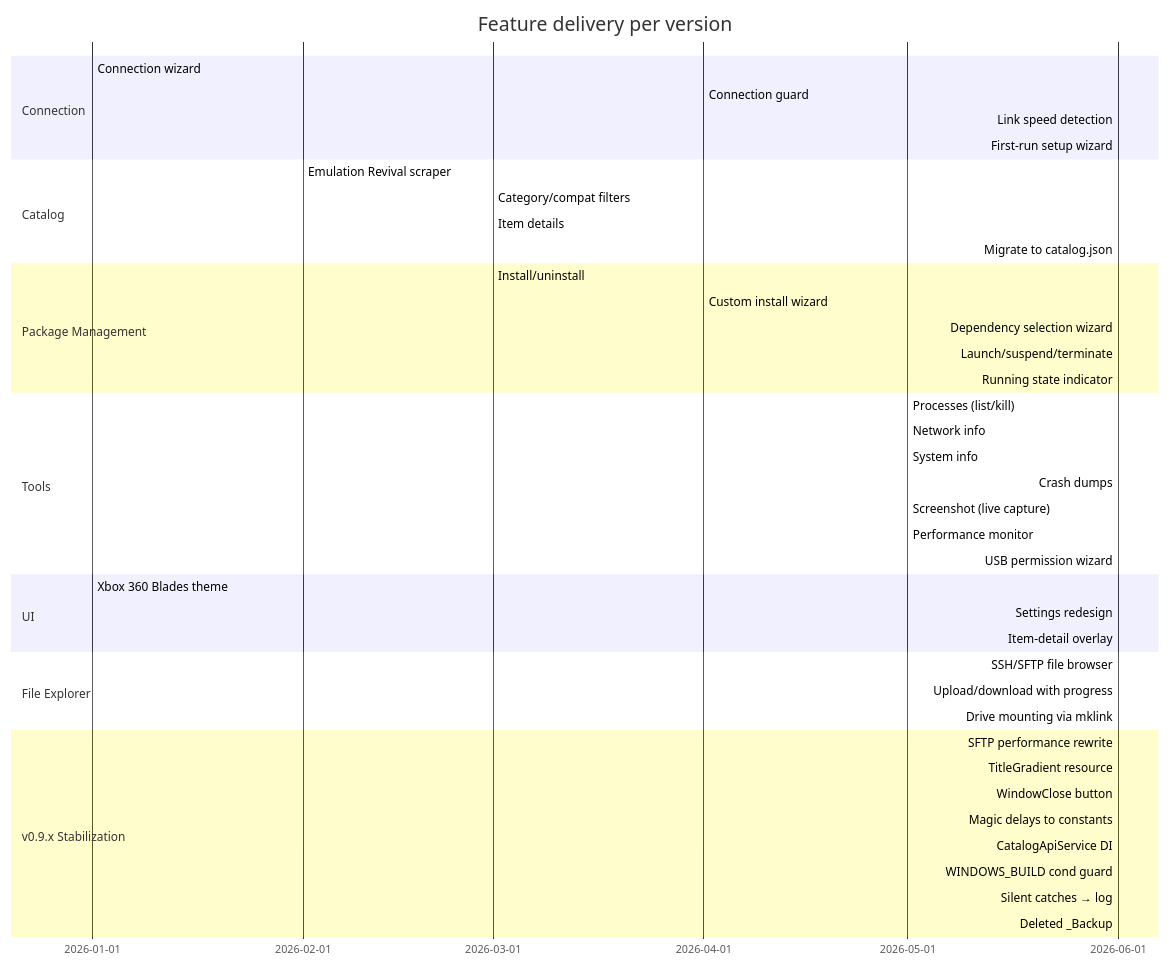
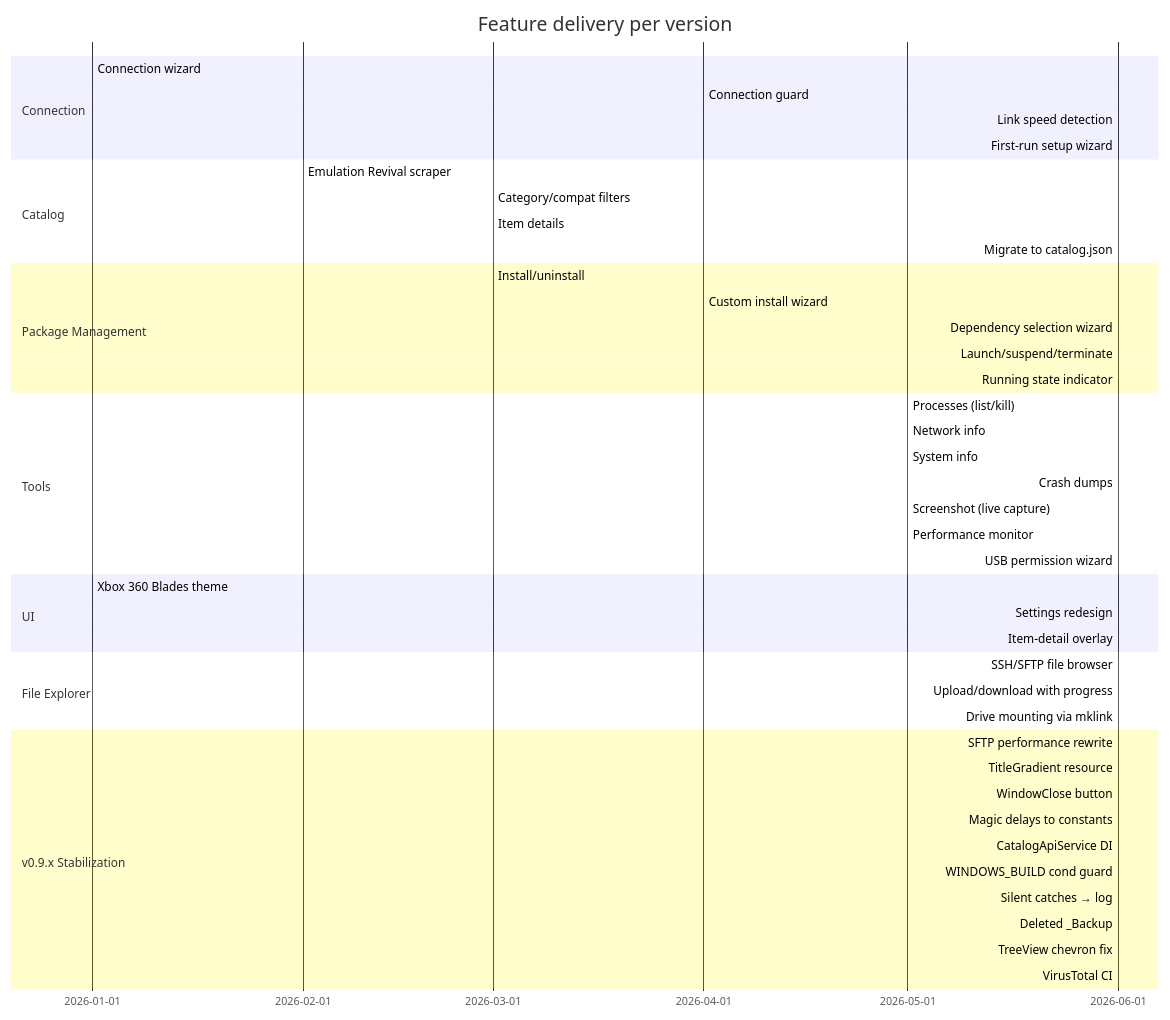
Before and after one commit to marcelofrau/xb-homebrew-vault: the second of 3 diagrams in docs/roadmap.md, drawn with Mermaid. The commit also changed other lines of this file and 2 other files, not shown here.

First line of the commit message:
chore: bump v0.9.4 — update roadmap, README, tech-debt

````diff
--- a/docs/roadmap.md
+++ b/docs/roadmap.md
@@ -57,46 +59,48 @@
 ```mermaid
 gantt
     title Feature delivery per version
     dateFormat  YYYY-MM-DD
     section Connection
     Connection wizard            :done, 2026-01, 2026-02
     Connection guard             :done, 2026-04, 2026-04
     Link speed detection         :done, 2026-06, 2026-06
     First-run setup wizard       :done, 2026-06, 2026-06
     section Catalog
     Emulation Revival scraper    :done, 2026-02, 2026-03
     Category/compat filters      :done, 2026-03, 2026-03
     Item details                 :done, 2026-03, 2026-03
     Migrate to catalog.json      :done, 2026-06, 2026-06
     section Package Management
     Install/uninstall            :done, 2026-03, 2026-04
     Custom install wizard        :done, 2026-04, 2026-05
     Dependency selection wizard  :done, 2026-06, 2026-06
     Launch/suspend/terminate     :done, 2026-06, 2026-06
     Running state indicator      :done, 2026-06, 2026-06
     section Tools
     Processes (list/kill)        :done, 2026-05, 2026-06
     Network info                 :done, 2026-05, 2026-06
     System info                  :done, 2026-05, 2026-06
     Crash dumps                  :done, 2026-06, 2026-06
     Screenshot (live capture)    :done, 2026-05, 2026-06
     Performance monitor          :done, 2026-05, 2026-06
     USB permission wizard        :done, 2026-06, 2026-06
     section UI
     Xbox 360 Blades theme        :done, 2026-01, 2026-01
     Settings redesign            :done, 2026-06, 2026-06
     Item-detail overlay          :done, 2026-06, 2026-06
     section File Explorer
     SSH/SFTP file browser        :done, 2026-06, 2026-06
     Upload/download with progress:done, 2026-06, 2026-06
     Drive mounting via mklink    :done, 2026-06, 2026-06
     section v0.9.x Stabilization
     SFTP performance rewrite     :done, 2026-06, 2026-06
     TitleGradient resource       :done, 2026-06, 2026-06
     WindowClose button           :done, 2026-06, 2026-06
     Magic delays to constants    :done, 2026-06, 2026-06
     CatalogApiService DI         :done, 2026-06, 2026-06
     WINDOWS_BUILD cond guard     :done, 2026-06, 2026-06
     Silent catches → log         :done, 2026-06, 2026-06
     Deleted _Backup              :done, 2026-06, 2026-06
+    TreeView chevron fix         :done, 2026-06, 2026-06
+    VirusTotal CI                :done, 2026-06, 2026-06
 ```
````
